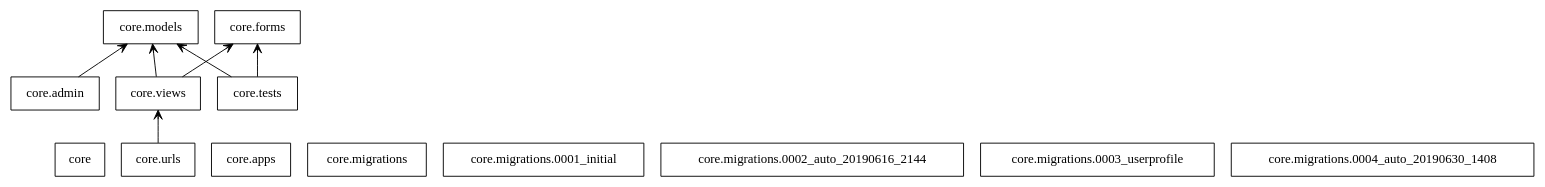
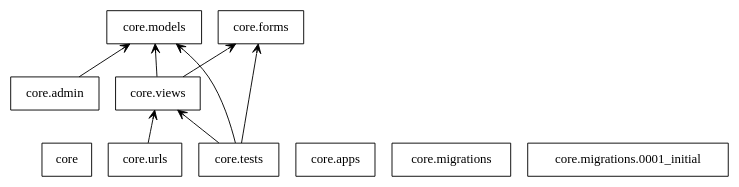
The diagram in packages.dot (SudatiSimone/Ecommerce-Django), drawn with Graphviz before and after one commit. The commit also changed 4 other files, not shown here.

```diff
--- a/packages.dot
+++ b/packages.dot
@@ -1,23 +1,21 @@
 digraph "packages" {
 charset="utf-8"
 rankdir=BT
 "0" [label="core", shape="box"];
 "1" [label="core.admin", shape="box"];
 "2" [label="core.apps", shape="box"];
 "3" [label="core.forms", shape="box"];
 "4" [label="core.migrations", shape="box"];
 "5" [label="core.migrations.0001_initial", shape="box"];
-"6" [label="core.migrations.0002_auto_20190616_2144", shape="box"];
-"7" [label="core.migrations.0003_userprofile", shape="box"];
-"8" [label="core.migrations.0004_auto_20190630_1408", shape="box"];
-"9" [label="core.models", shape="box"];
-"10" [label="core.tests", shape="box"];
-"11" [label="core.urls", shape="box"];
-"12" [label="core.views", shape="box"];
-"1" -> "9" [arrowhead="open", arrowtail="none"];
-"10" -> "3" [arrowhead="open", arrowtail="none"];
-"10" -> "9" [arrowhead="open", arrowtail="none"];
-"11" -> "12" [arrowhead="open", arrowtail="none"];
-"12" -> "3" [arrowhead="open", arrowtail="none"];
-"12" -> "9" [arrowhead="open", arrowtail="none"];
+"6" [label="core.models", shape="box"];
+"7" [label="core.tests", shape="box"];
+"8" [label="core.urls", shape="box"];
+"9" [label="core.views", shape="box"];
+"1" -> "6" [arrowhead="open", arrowtail="none"];
+"7" -> "3" [arrowhead="open", arrowtail="none"];
+"7" -> "6" [arrowhead="open", arrowtail="none"];
+"7" -> "9" [arrowhead="open", arrowtail="none"];
+"8" -> "9" [arrowhead="open", arrowtail="none"];
+"9" -> "3" [arrowhead="open", arrowtail="none"];
+"9" -> "6" [arrowhead="open", arrowtail="none"];
 }
```
